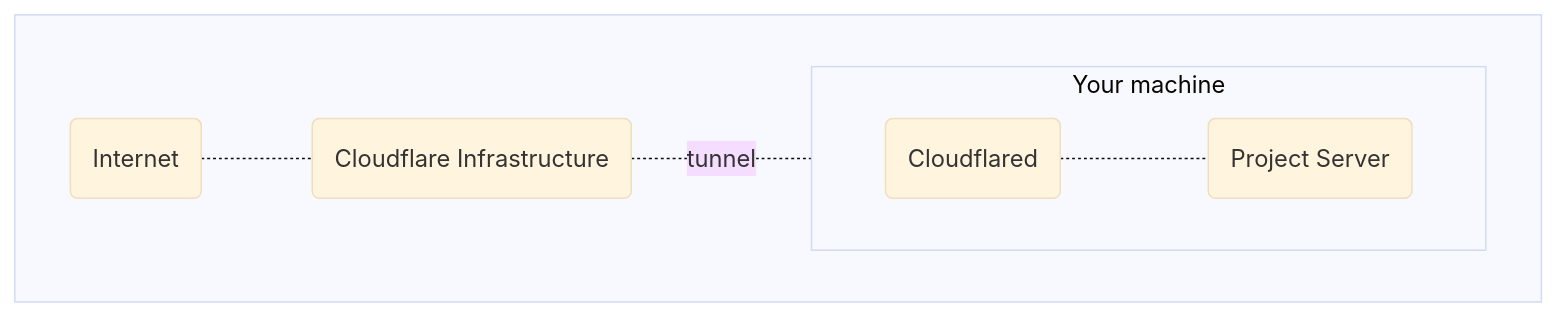
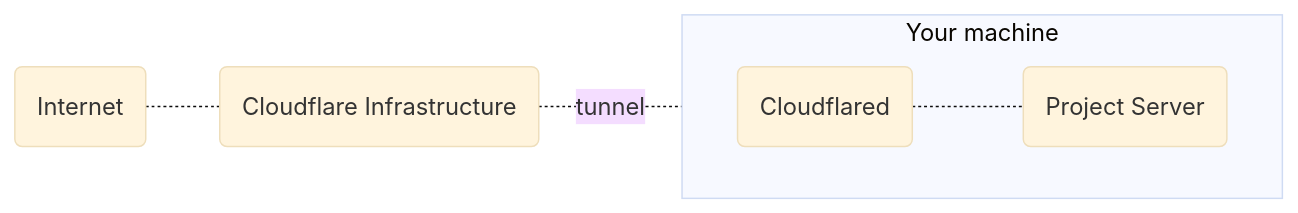
One commit to inoxlang/inox changed the diagram in docs/inox-daemon.md. Above: the diagram before and after it, drawn with Mermaid (base theme).

Commit message:
docs: minor change in inoxd doc

````diff
--- a/docs/inox-daemon.md
+++ b/docs/inox-daemon.md
@@ -24,17 +24,11 @@
 ```mermaid
 
-flowchart TD
-
-subgraph X[" "]
-direction LR
+flowchart LR
     
 Internet(Internet) -.- CloudflareInfra(Cloudflare Infrastructure) -.- |tunnel| Cloudflared(Cloudflared)
 
 subgraph YourMachine["Your machine"]
     direction LR
         Cloudflared -.- ProjectServer(Project Server)
 end
-
-
-end
 ```
````
